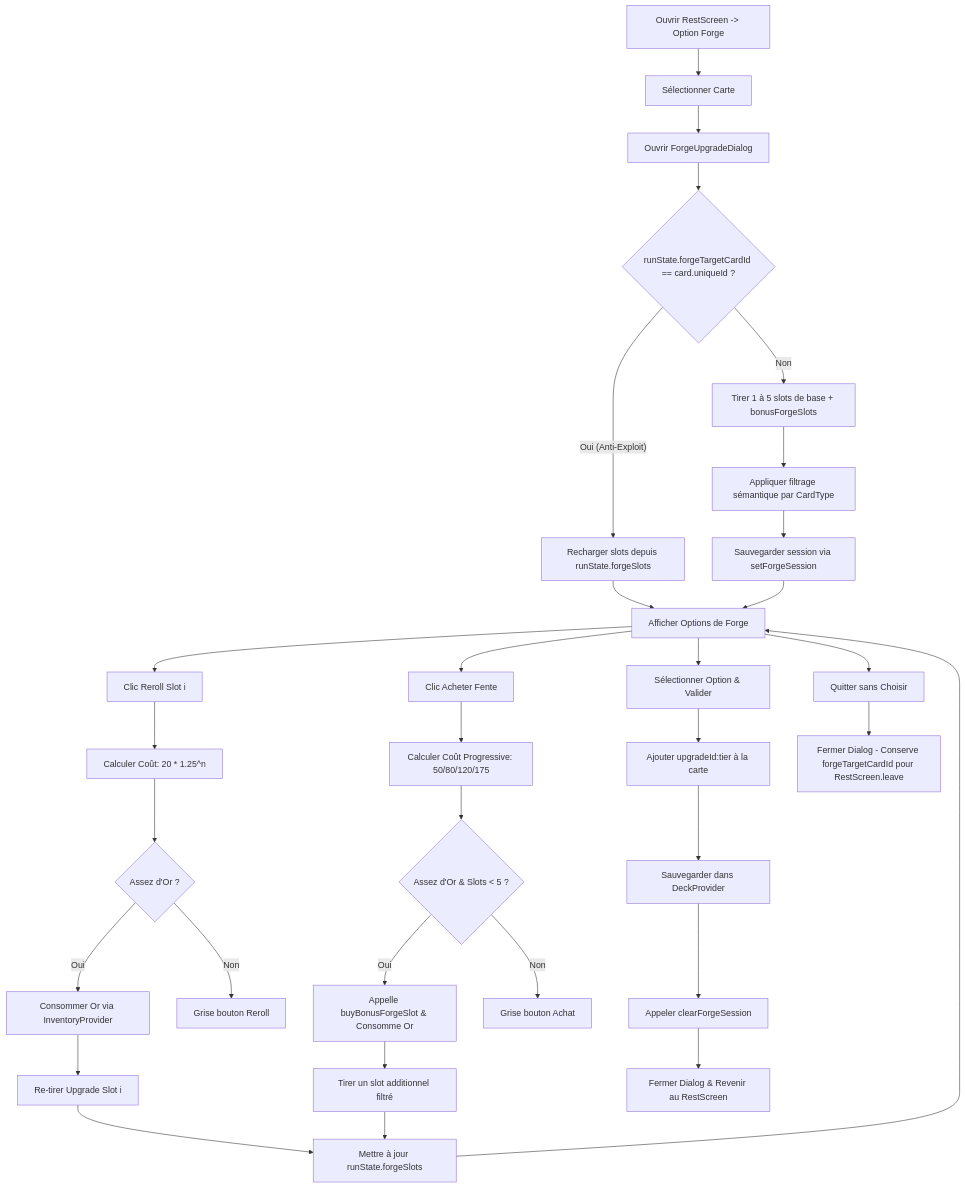
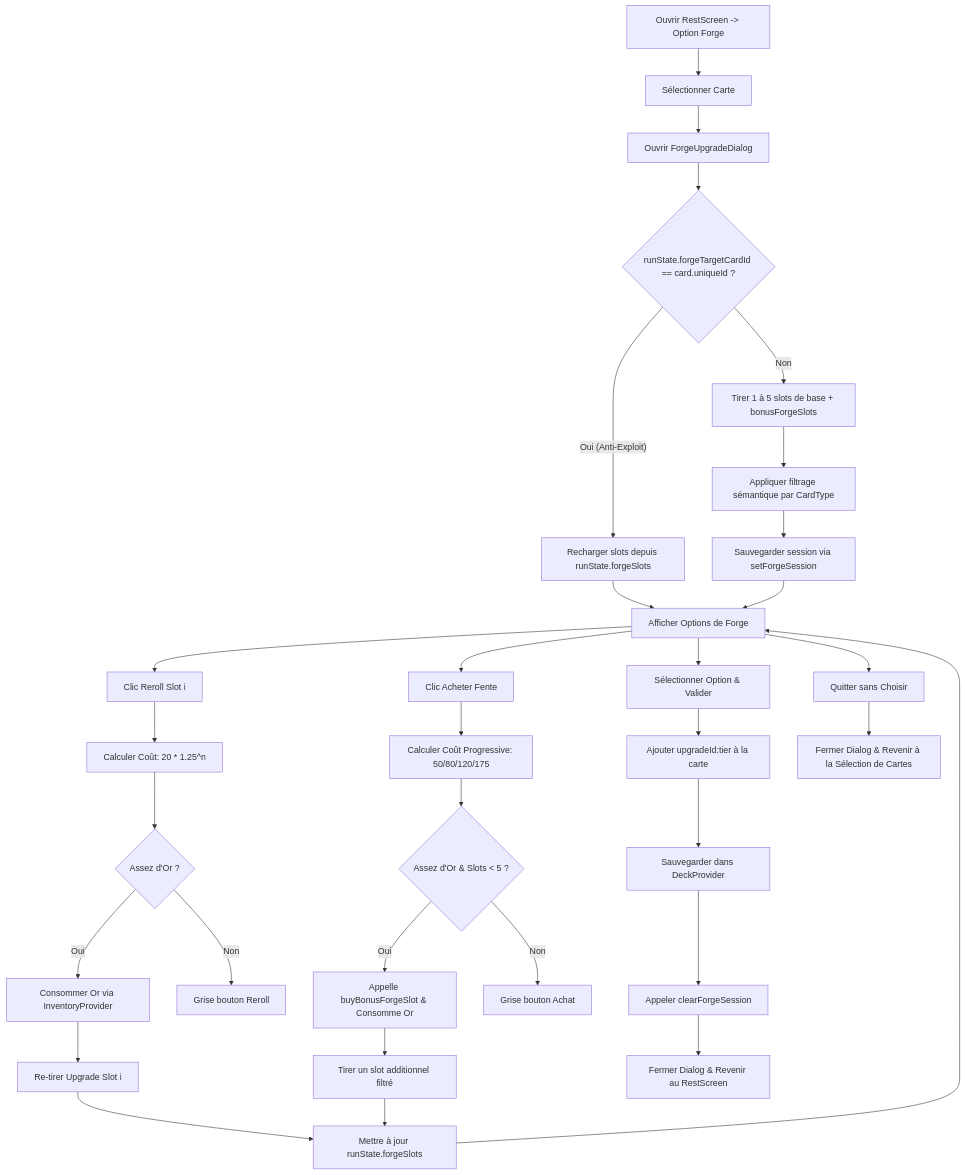
One commit to Hex-Umbra/hero-s-draft changed the third of 6 diagrams in .obsidian_vault/_memory_bank/systemPatterns.md. Above: the diagram before and after it, drawn with Mermaid. The commit also changed other lines of this file and 8 other files, not shown here.

````diff
--- a/.obsidian_vault/_memory_bank/systemPatterns.md
+++ b/.obsidian_vault/_memory_bank/systemPatterns.md
@@ -1097,34 +1099,34 @@
 ```mermaid
 graph TD
     Start[Ouvrir RestScreen -> Option Forge] --> SelectCard[Sélectionner Carte]
     SelectCard --> Dialog[Ouvrir ForgeUpgradeDialog]
     Dialog --> CheckExploit{runState.forgeTargetCardId == card.uniqueId ?}
     CheckExploit -- Oui (Anti-Exploit) --> LoadSession[Recharger slots depuis runState.forgeSlots]
     CheckExploit -- Non --> GenBase[Tirer 1 à 5 slots de base + bonusForgeSlots]
     GenBase --> FilterTypes[Appliquer filtrage sémantique par CardType]
     FilterTypes --> SaveSession[Sauvegarder session via setForgeSession]
     LoadSession --> Loop[Afficher Options de Forge]
     SaveSession --> Loop
     Loop --> Reroll[Clic Reroll Slot i]
     Reroll --> CostReroll[Calculer Coût: 20 * 1.25^n]
     CostReroll --> CheckGoldReroll{Assez d'Or ?}
     CheckGoldReroll -- Oui --> SpendGoldR[Consommer Or via InventoryProvider]
     SpendGoldR --> RollAgain[Re-tirer Upgrade Slot i]
     RollAgain --> UpdateSession[Mettre à jour runState.forgeSlots]
     UpdateSession --> Loop
     CheckGoldReroll -- Non --> DisableReroll[Grise bouton Reroll]
     Loop --> BuySlot[Clic Acheter Fente]
     BuySlot --> CostSlot[Calculer Coût Progressive: 50/80/120/175]
     CostSlot --> CheckGoldSlot{Assez d'Or & Slots < 5 ?}
     CheckGoldSlot -- Oui --> BuySuccess[Appelle buyBonusForgeSlot & Consomme Or]
     BuySuccess --> RollNewSlot[Tirer un slot additionnel filtré]
     RollNewSlot --> UpdateSession
     CheckGoldSlot -- Non --> DisableBuySlot[Grise bouton Achat]
     Loop --> SelectUpgrade[Sélectionner Option & Valider]
     SelectUpgrade --> Apply[Ajouter upgradeId:tier à la carte]
     Apply --> SaveDeck[Sauvegarder dans DeckProvider]
     SaveDeck --> ClearSession[Appeler clearForgeSession]
     ClearSession --> End[Fermer Dialog & Revenir au RestScreen]
     Loop --> CloseDialog[Quitter sans Choisir]
-    CloseDialog --> EndDialog[Fermer Dialog - Conserve forgeTargetCardId pour RestScreen.leave]
+    CloseDialog --> EndDialog[Fermer Dialog & Revenir à la Sélection de Cartes]
 ```
````
